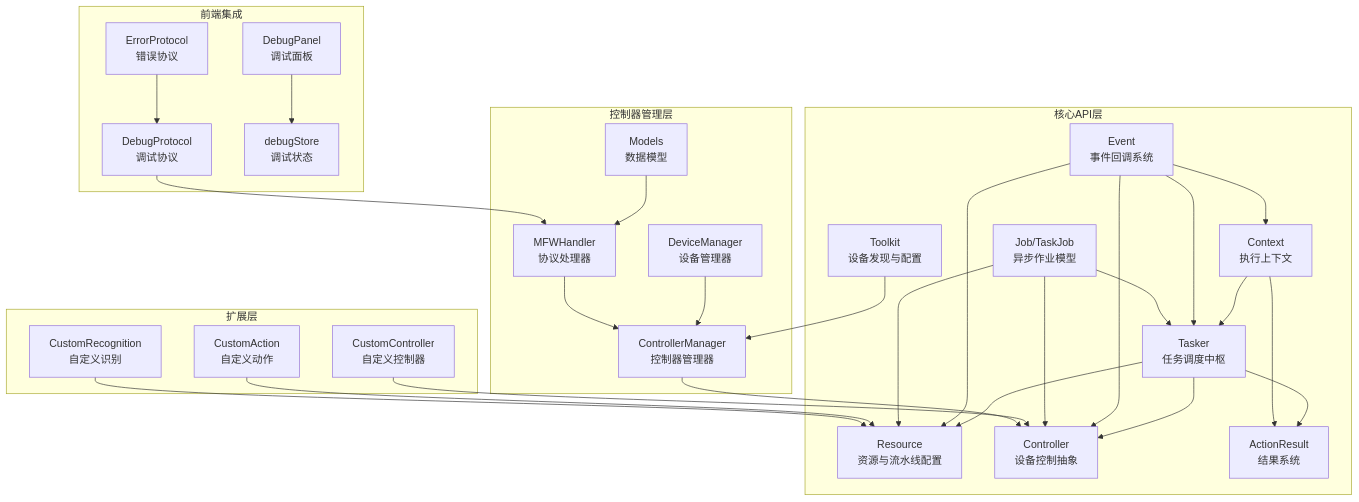
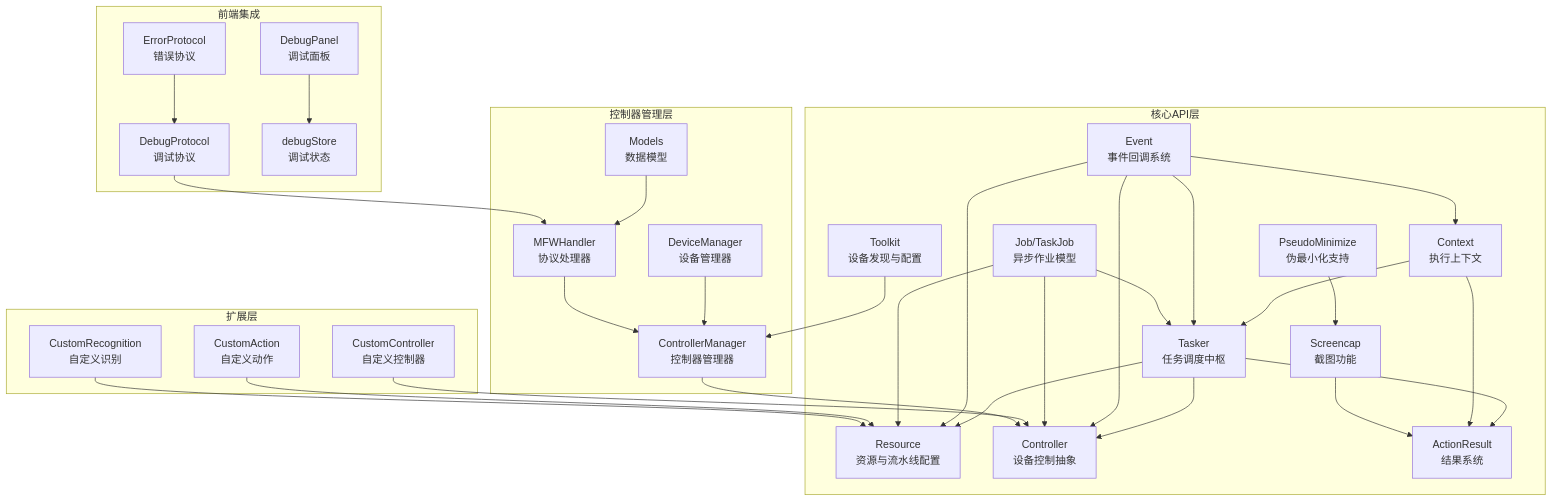
Before and after one commit to kqcoxn/MaaPipelineEditor: the first of 11 diagrams in .qoder/repowiki/zh/content/API 参考/maafw-golang API 参考.md, drawn with Mermaid. The commit also changed other lines of this file and 14 other files, not shown here.

````diff
--- a/.qoder/repowiki/zh/content/API 参考/maafw-golang API 参考.md
+++ b/.qoder/repowiki/zh/content/API 参考/maafw-golang API 参考.md
@@ -67,53 +73,57 @@
 ```mermaid
 graph TB
 subgraph "核心API层"
 T["Tasker<br/>任务调度中枢"]
 R["Resource<br/>资源与流水线配置"]
 C["Controller<br/>设备控制抽象"]
 X["Context<br/>执行上下文"]
 E["Event<br/>事件回调系统"]
 J["Job/TaskJob<br/>异步作业模型"]
 AR["ActionResult<br/>结果系统"]
 TK["Toolkit<br/>设备发现与配置"]
+SC["Screencap<br/>截图功能"]
+PM["PseudoMinimize<br/>伪最小化支持"]
 end
 subgraph "扩展层"
 CA["CustomAction<br/>自定义动作"]
 CR["CustomRecognition<br/>自定义识别"]
 CC["CustomController<br/>自定义控制器"]
 end
 subgraph "控制器管理层"
 CM["ControllerManager<br/>控制器管理器"]
 DM["DeviceManager<br/>设备管理器"]
 H["MFWHandler<br/>协议处理器"]
 M["Models<br/>数据模型"]
 end
 subgraph "前端集成"
 DP["DebugProtocol<br/>调试协议"]
 EP["ErrorProtocol<br/>错误协议"]
 DB["DebugPanel<br/>调试面板"]
 DS["debugStore<br/>调试状态"]
 end
 T --> R
 T --> C
 T --> AR
 X --> T
 X --> AR
 E --> T
 E --> R
 E --> C
 E --> X
 J --> T
 J --> R
 J --> C
 CA --> R
 CR --> R
 CC --> C
 CM --> C
 DM --> CM
 H --> CM
 M --> H
 DP --> H
 EP --> DP
 DB --> DS
 TK --> CM
+SC --> AR
+PM --> SC
 ```
````
